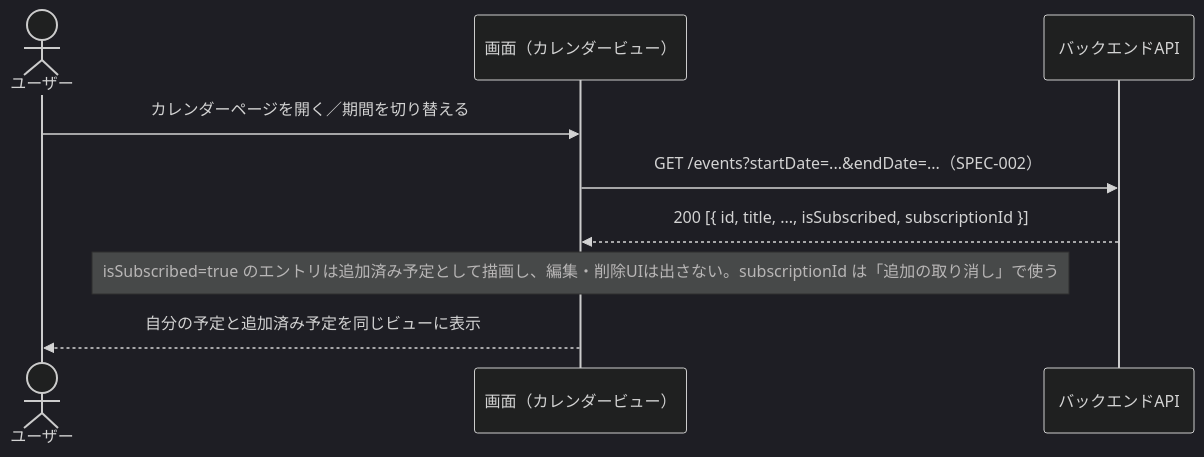
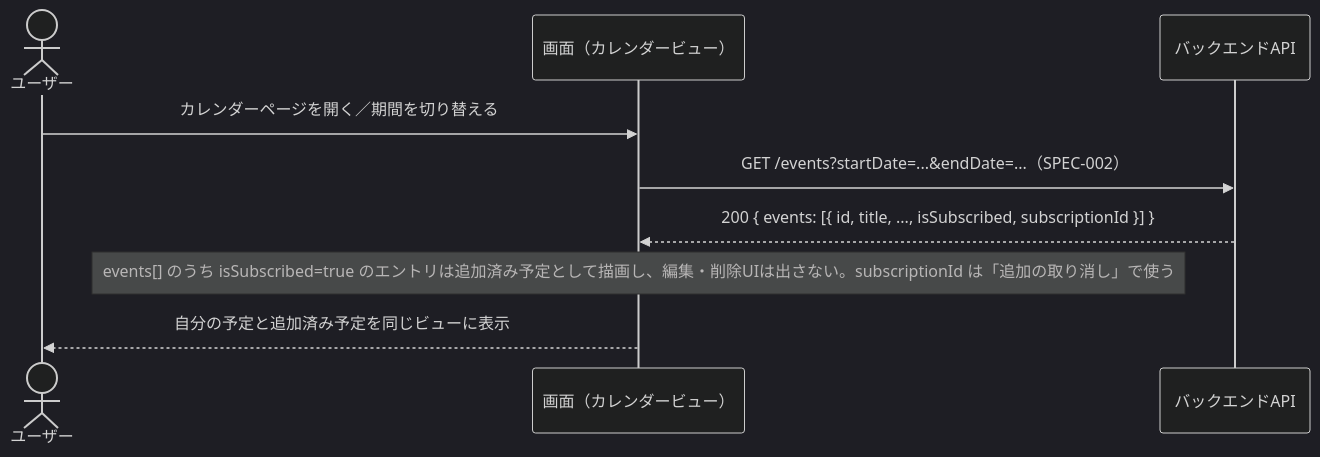
One commit to Haya372/ai-trial changed the fourth of 6 diagrams in docs/spec/SPEC-004-event-sharing.md. Above: the diagram before and after it, drawn with Mermaid (dark theme). The commit also changed other lines of this file and 4 other files, not shown here.

````diff
--- a/docs/spec/SPEC-004-event-sharing.md
+++ b/docs/spec/SPEC-004-event-sharing.md
@@ -193,12 +314,12 @@
 ```mermaid
 sequenceDiagram
     actor User as ユーザー
     participant UI as 画面（カレンダービュー）
     participant API as バックエンドAPI
 
     User->>UI: カレンダーページを開く／期間を切り替える
     UI->>API: GET /events?startDate=...&endDate=...（SPEC-002）
-    API-->>UI: 200 [{ id, title, ..., isSubscribed, subscriptionId }]
-    Note over UI: isSubscribed=true のエントリは追加済み予定として描画し、編集・削除UIは出さない。subscriptionId は「追加の取り消し」で使う
+    API-->>UI: 200 { events: [{ id, title, ..., isSubscribed, subscriptionId }] }
+    Note over UI: events[] のうち isSubscribed=true のエントリは追加済み予定として描画し、編集・削除UIは出さない。subscriptionId は「追加の取り消し」で使う
     UI-->>User: 自分の予定と追加済み予定を同じビューに表示
 ```
````
